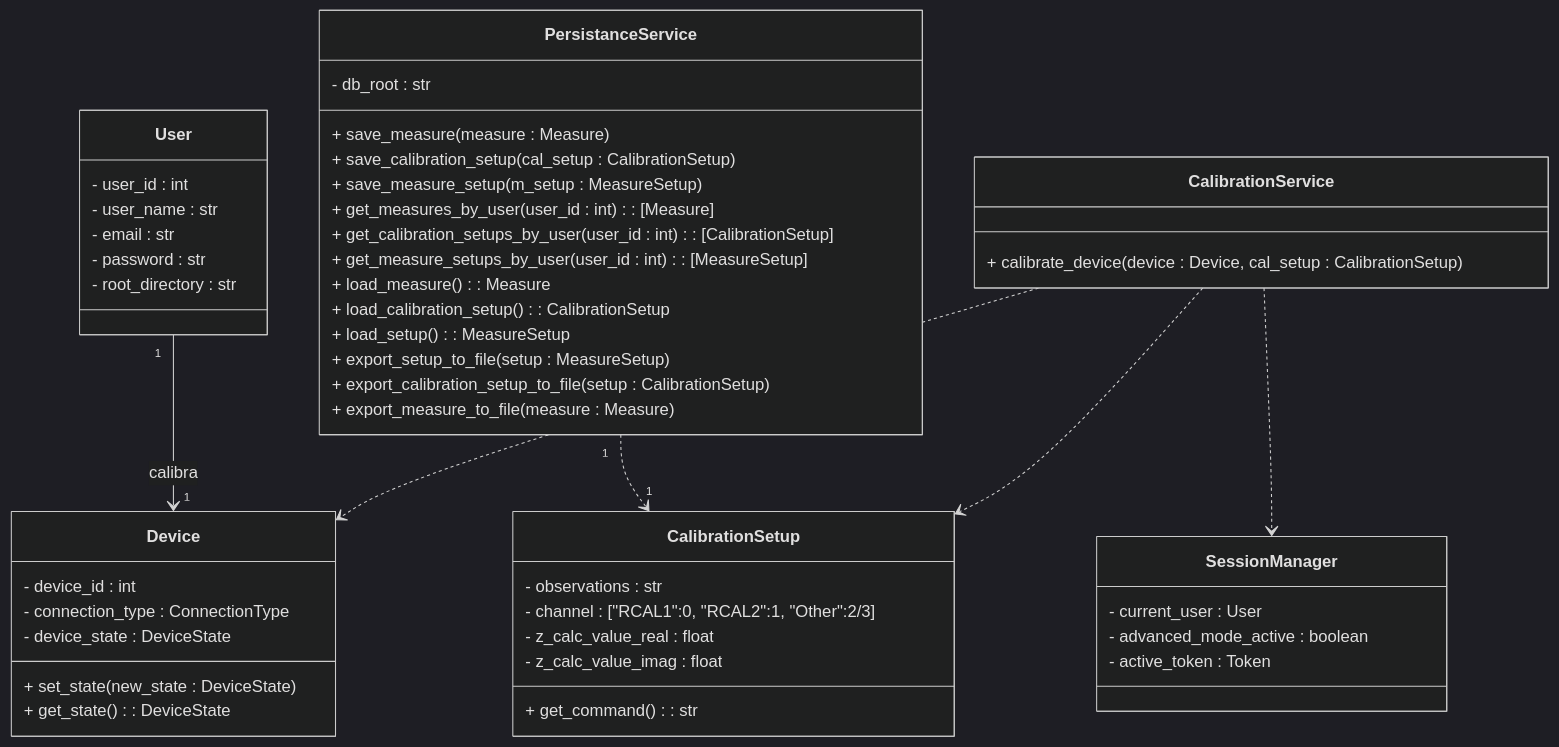
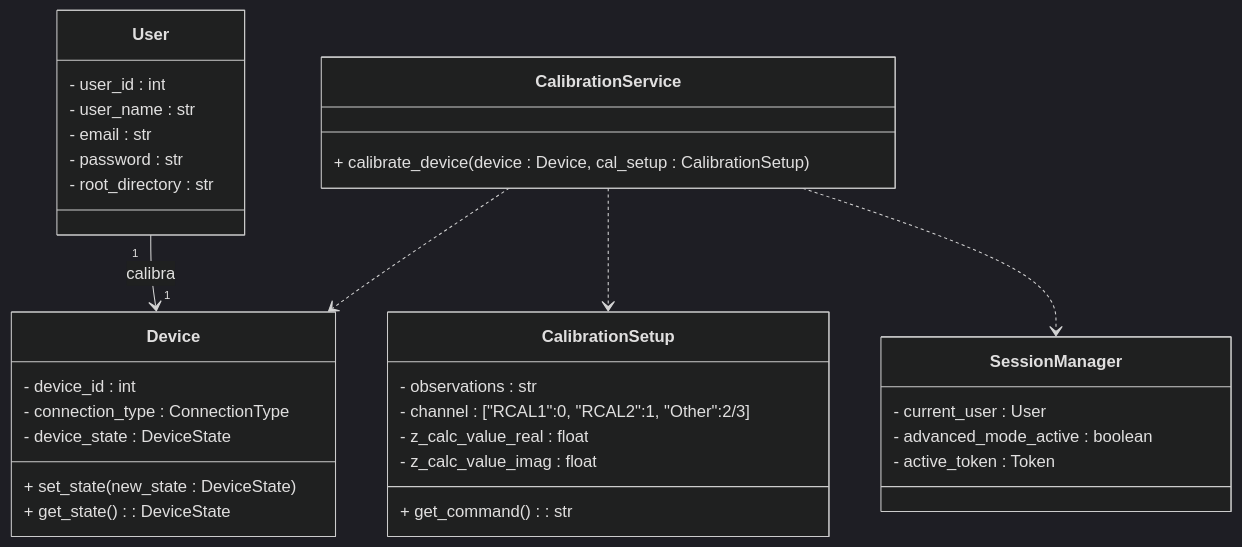
One commit to alegrelias/Repo-GMini changed diagram 14 of 22 in Gmini-MarkDown/Guanaco Mini.md. Above: the diagram before and after it, drawn with Mermaid (dark theme). The commit also changed other lines of this file, not shown here.

````diff
--- a/Gmini-MarkDown/Guanaco Mini.md
+++ b/Gmini-MarkDown/Guanaco Mini.md
@@ -1419,67 +1420,45 @@
 ```mermaid
 classDiagram
 %% clases
 class User {
 	- user_id : int
 	- user_name : str
 	- email : str
 	- password : str
 	- root_directory : str
 	
 }
 
 class CalibrationSetup{
 	- observations : str
 	- channel : ["RCAL1":0, "RCAL2":1, "Other":2/3]
 	- z_calc_value_real : float
 	- z_calc_value_imag : float
 	+ get_command() : str
 }
 
 class Device{
 	- device_id : int
 	- connection_type : ConnectionType
 	- device_state : DeviceState
 	+ set_state(new_state : DeviceState)
 	+ get_state() : DeviceState
 }
 
 class CalibrationService{
 	+ calibrate_device(device : Device, cal_setup : CalibrationSetup)
 }
 
 class SessionManager{
 	- current_user : User
 	- advanced_mode_active : boolean
 	- active_token : Token
 }
 
-class PersistanceService{
-	- db_root : str
-	  
-	%% operaciones en db
-	+ save_measure(measure : Measure)
-	+ save_calibration_setup(cal_setup : CalibrationSetup)
-	+ save_measure_setup(m_setup : MeasureSetup)
-	+ get_measures_by_user(user_id : int) : [Measure]
-	+ get_calibration_setups_by_user(user_id : int) : [CalibrationSetup]
-	+ get_measure_setups_by_user(user_id : int) : [MeasureSetup]
-	  
-	%% operaciones en archivos
-	+ load_measure() : Measure
-	+ load_calibration_setup() : CalibrationSetup
-	+ load_setup() : MeasureSetup
-	+ export_setup_to_file(setup : MeasureSetup)
-	+ export_calibration_setup_to_file(setup : CalibrationSetup)
-	+ export_measure_to_file(measure : Measure)
-}
-
 %% relaciones
 User "1"-->"1" Device : calibra
-
-PersistanceService "1"..>"1" CalibrationSetup
 
 CalibrationService ..> Device
 CalibrationService ..> CalibrationSetup
 CalibrationService ..> SessionManager
 ```
````
